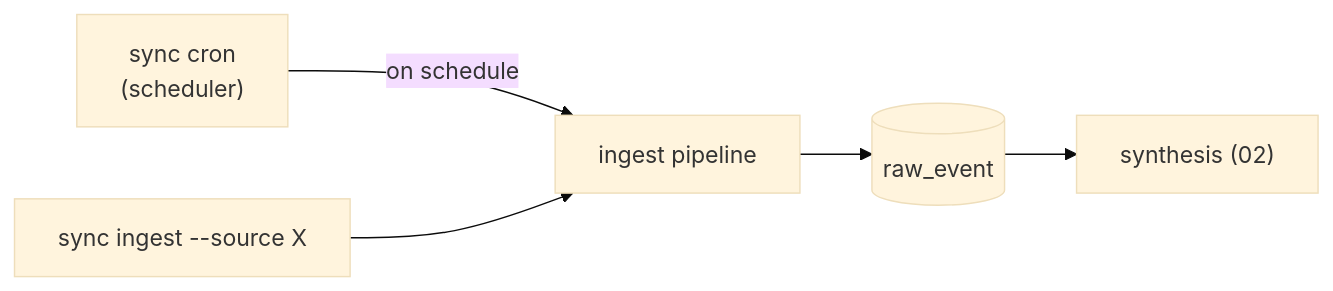
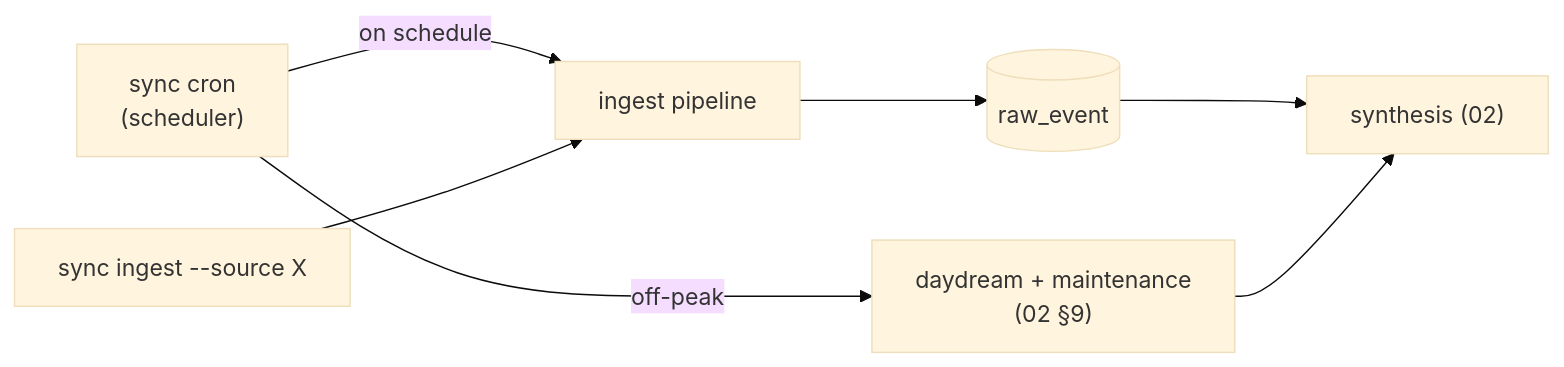
The diagram in specs/05-connectors-etl.md (fractalboxdev/superai2026), drawn with Mermaid (base theme) before and after one commit. The commit also changed other lines of this file and 6 other files, not shown here.

````diff
--- a/specs/05-connectors-etl.md
+++ b/specs/05-connectors-etl.md
@@ -34,7 +35,9 @@
 ```mermaid
 flowchart LR
     CRON["sync cron<br/>(scheduler)"] -- "on schedule" --> ING["ingest pipeline"]
+    CRON -- "off-peak" --> DREAM["daydream + maintenance<br/>(02 §9)"]
     CLI["sync ingest --source X"] --> ING
     ING --> RAW[("raw_event")]
     RAW --> SYN["synthesis (02)"]
+    DREAM --> SYN
 ```
````
